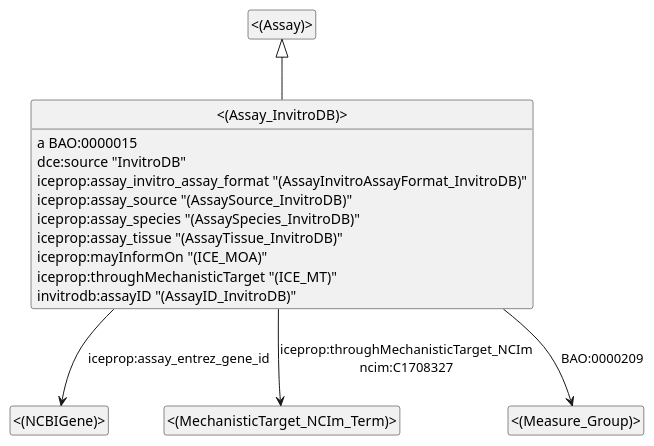
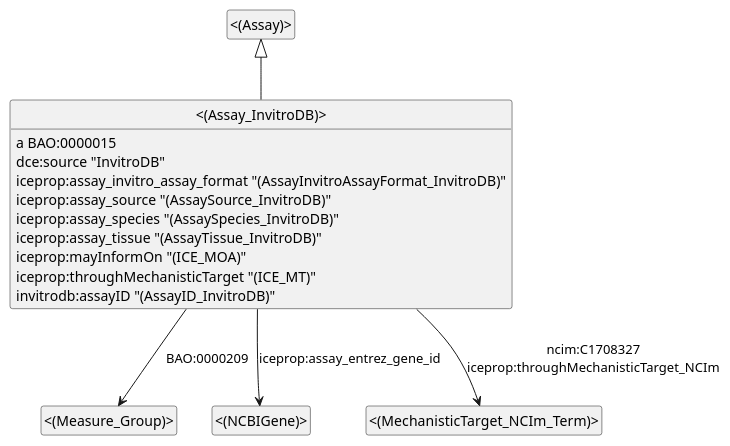
One commit to biobricks-ai/biobricks-okg changed the diagram in puml/mapping_1.puml. Above: the diagram before and after it, drawn with PlantUML. The commit also changed 12 other files, not shown here.

Commit message:
Update generated RML and PlantUML

```diff
--- a/puml/mapping_1.puml
+++ b/puml/mapping_1.puml
@@ -1,23 +1,23 @@
 @startuml
 hide empty members
 hide circle
 skinparam classAttributeIconSize 0
 class _Assay_InvitroDB_ as "<(Assay_InvitroDB)>"
 _Assay_InvitroDB_ : {field} a BAO:0000015
+class _Measure_Group_ as "<(Measure_Group)>"
+_Assay_InvitroDB_ -down-> _Measure_Group_ : BAO:0000209
 class _NCBIGene_ as "<(NCBIGene)>"
 _Assay_InvitroDB_ -down-> _NCBIGene_ : iceprop:assay_entrez_gene_id
-class _MechanisticTarget_NCIm_Term_ as "<(MechanisticTarget_NCIm_Term)>"
-_Assay_InvitroDB_ -down-> _MechanisticTarget_NCIm_Term_ : iceprop:throughMechanisticTarget_NCIm\nncim:C1708327
 class _Assay_ as "<(Assay)>"
 _Assay_InvitroDB_ -up-|> _Assay_
-class _Measure_Group_ as "<(Measure_Group)>"
-_Assay_InvitroDB_ -down-> _Measure_Group_ : BAO:0000209
+class _MechanisticTarget_NCIm_Term_ as "<(MechanisticTarget_NCIm_Term)>"
+_Assay_InvitroDB_ -down-> _MechanisticTarget_NCIm_Term_ : ncim:C1708327\niceprop:throughMechanisticTarget_NCIm
 _Assay_InvitroDB_ : {field} dce:source "InvitroDB"
 _Assay_InvitroDB_ : {field} iceprop:assay_invitro_assay_format "(AssayInvitroAssayFormat_InvitroDB)"
 _Assay_InvitroDB_ : {field} iceprop:assay_source "(AssaySource_InvitroDB)"
 _Assay_InvitroDB_ : {field} iceprop:assay_species "(AssaySpecies_InvitroDB)"
 _Assay_InvitroDB_ : {field} iceprop:assay_tissue "(AssayTissue_InvitroDB)"
 _Assay_InvitroDB_ : {field} iceprop:mayInformOn "(ICE_MOA)"
 _Assay_InvitroDB_ : {field} iceprop:throughMechanisticTarget "(ICE_MT)"
 _Assay_InvitroDB_ : {field} invitrodb:assayID "(AssayID_InvitroDB)"
 @enduml
```
